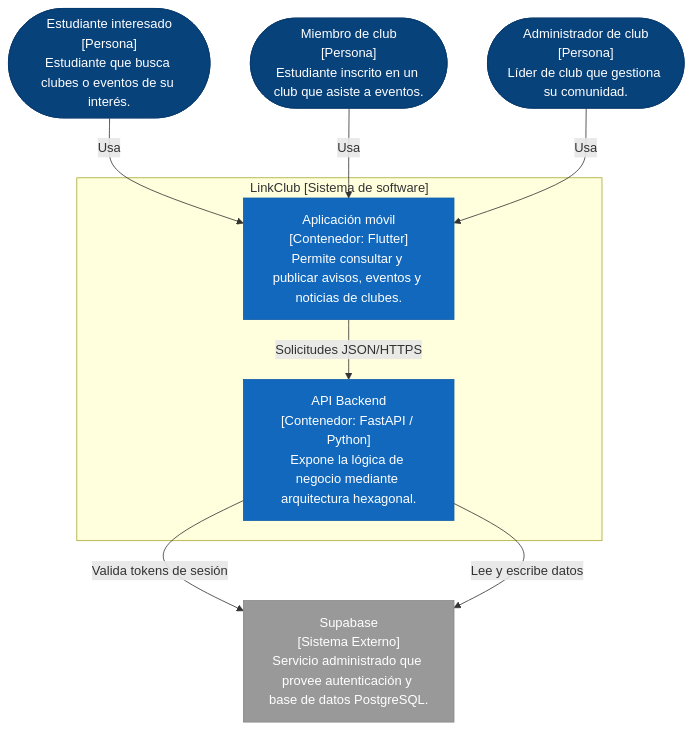
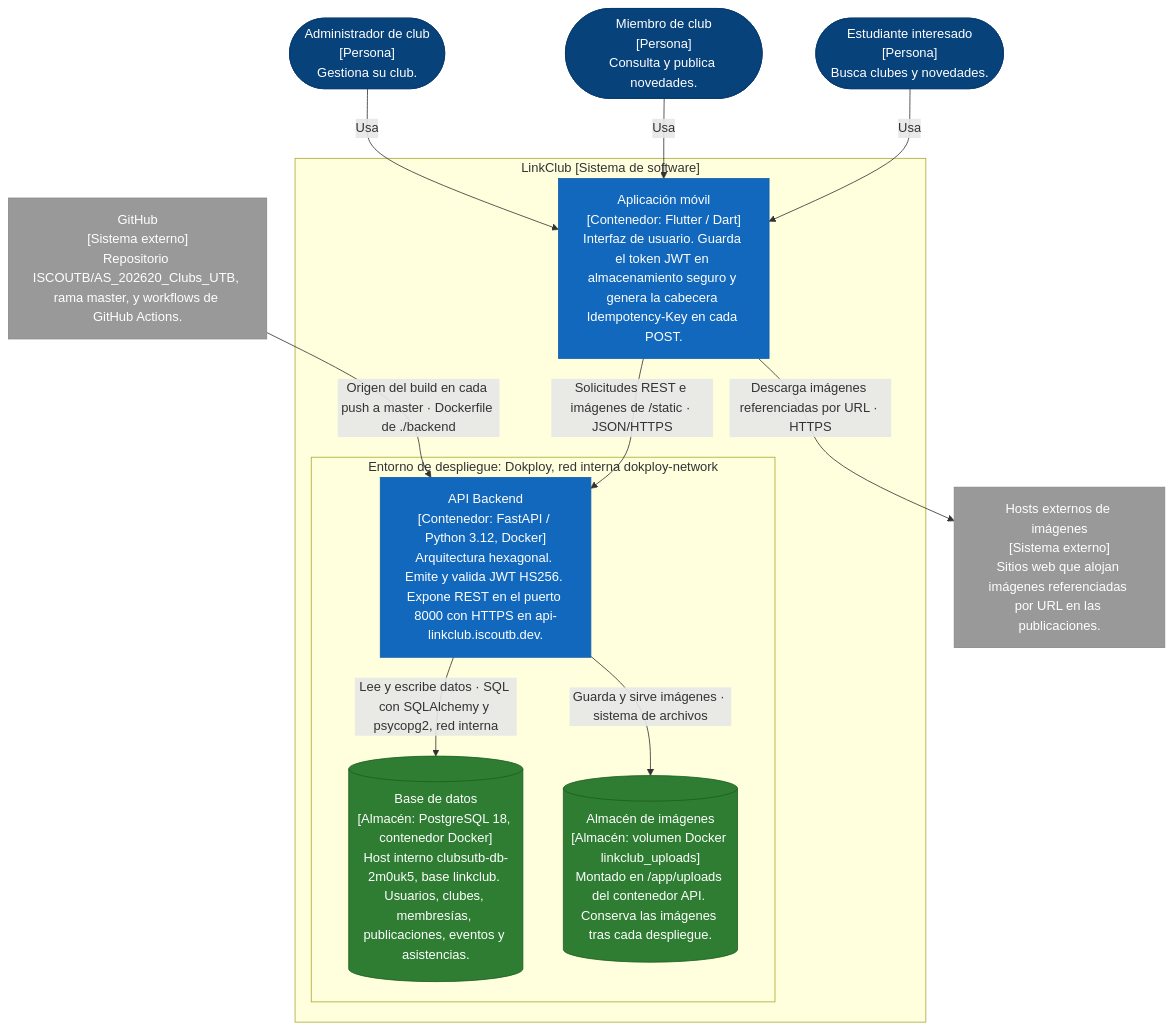
The second of 3 diagrams in docs/c4/contexto.md (ISCOUTB/AS_202620_Clubs_UTB), drawn with Mermaid before and after one commit. The commit also changed other lines of this file and 15 other files, not shown here.

````diff
--- a/docs/c4/contexto.md
+++ b/docs/c4/contexto.md
@@ -24,25 +44,34 @@
 ```mermaid
 graph TD
     classDef persona fill:#08427B,stroke:#073B6F,color:#fff;
     classDef contenedor fill:#1168BD,stroke:#105EAB,color:#fff;
+    classDef almacen fill:#2E7D32,stroke:#1B5E20,color:#fff;
     classDef externo fill:#999999,stroke:#888888,color:#fff;
 
-    EI(["Estudiante interesado<br/>[Persona]<br/>Estudiante que busca clubes o eventos de su interés."]):::persona
-    MC(["Miembro de club<br/>[Persona]<br/>Estudiante inscrito en un club que asiste a eventos."]):::persona
-    AC(["Administrador de club<br/>[Persona]<br/>Líder de club que gestiona su comunidad."]):::persona
+    EI(["Estudiante interesado<br/>[Persona]<br/>Busca clubes y novedades."]):::persona
+    MC(["Miembro de club<br/>[Persona]<br/>Consulta y publica novedades."]):::persona
+    AC(["Administrador de club<br/>[Persona]<br/>Gestiona su club."]):::persona
 
     subgraph SYS["LinkClub [Sistema de software]"]
-        APP["Aplicación móvil<br/>[Contenedor: Flutter]<br/>Permite consultar y publicar avisos, eventos y noticias de clubes."]:::contenedor
-        API["API Backend<br/>[Contenedor: FastAPI / Python]<br/>Expone la lógica de negocio mediante arquitectura hexagonal."]:::contenedor
+        APP["Aplicación móvil<br/>[Contenedor: Flutter / Dart]<br/>Interfaz de usuario. Guarda el token JWT en almacenamiento seguro y genera la cabecera Idempotency-Key en cada POST."]:::contenedor
+
+        subgraph DOK["Entorno de despliegue: Dokploy, red interna dokploy-network"]
+            API["API Backend<br/>[Contenedor: FastAPI / Python 3.12, Docker]<br/>Arquitectura hexagonal. Emite y valida JWT HS256. Expone REST en el puerto 8000 con HTTPS en api-linkclub.iscoutb.dev."]:::contenedor
+            DB[("Base de datos<br/>[Almacén: PostgreSQL 18, contenedor Docker]<br/>Host interno clubsutb-db-2m0uk5, base linkclub. Usuarios, clubes, membresías, publicaciones, eventos y asistencias.")]:::almacen
+            FS[("Almacén de imágenes<br/>[Almacén: volumen Docker linkclub_uploads]<br/>Montado en /app/uploads del contenedor API. Conserva las imágenes tras cada despliegue.")]:::almacen
+        end
     end
 
-    SUPA["Supabase<br/>[Sistema Externo]<br/>Servicio administrado que provee autenticación y base de datos PostgreSQL."]:::externo
+    GH["GitHub<br/>[Sistema externo]<br/>Repositorio ISCOUTB/AS_202620_Clubs_UTB, rama master, y workflows de GitHub Actions."]:::externo
+    IMG["Hosts externos de imágenes<br/>[Sistema externo]<br/>Sitios web que alojan imágenes referenciadas por URL en las publicaciones."]:::externo
 
-    EI -->|Usa| APP
-    MC -->|Usa| APP
-    AC -->|Usa| APP
+    EI -->|"Usa"| APP
+    MC -->|"Usa"| APP
+    AC -->|"Usa"| APP
 
-    APP -->|Solicitudes JSON/HTTPS| API
-    API -->|Valida tokens de sesión| SUPA
-    API -->|Lee y escribe datos| SUPA
+    APP -->|"Solicitudes REST e imágenes de /static · JSON/HTTPS"| API
+    APP -->|"Descarga imágenes referenciadas por URL · HTTPS"| IMG
+    API -->|"Lee y escribe datos · SQL con SQLAlchemy y psycopg2, red interna"| DB
+    API -->|"Guarda y sirve imágenes · sistema de archivos"| FS
+    GH -->|"Origen del build en cada push a master · Dockerfile de ./backend"| API
 ```
````
